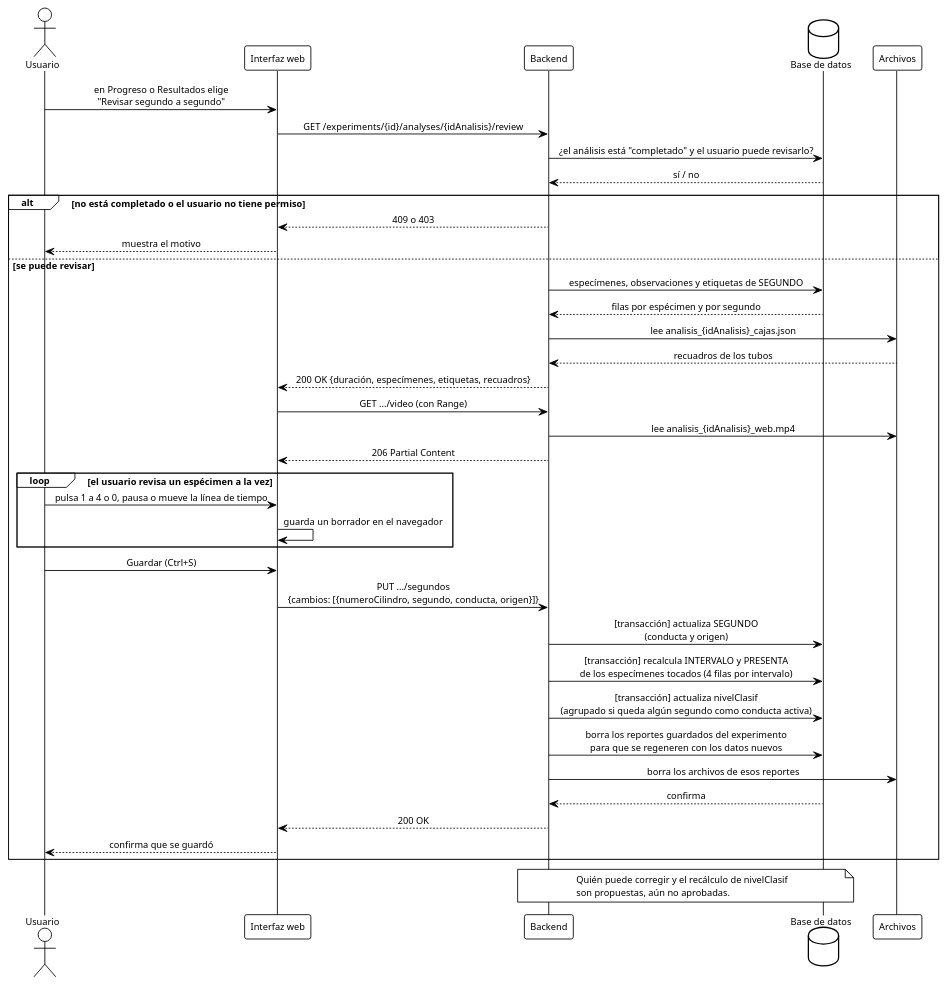
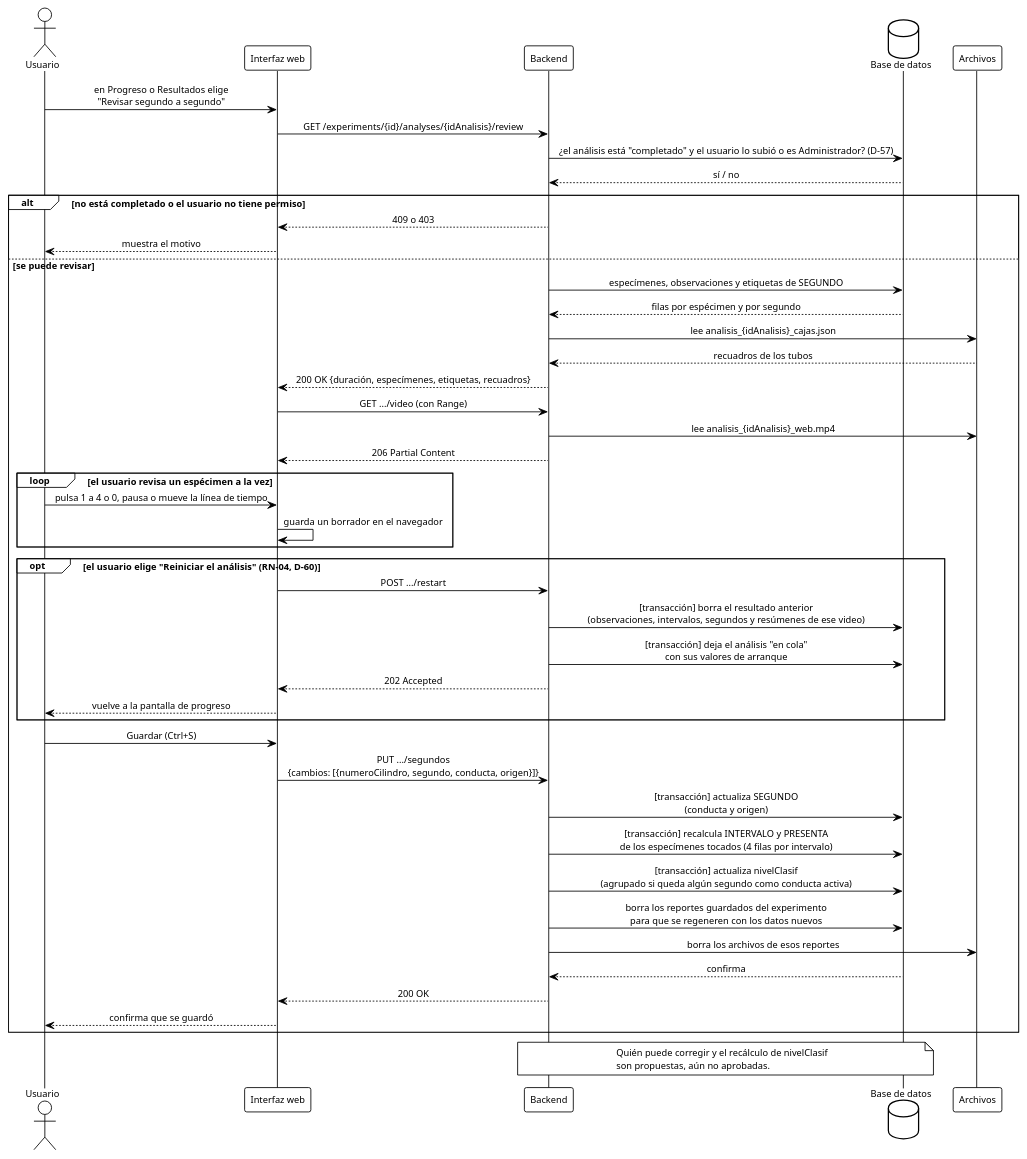
Before and after one commit to ErickJester/fst-ai-system-latex: diagram 34 of 38 in INSTRUCCIONES-WEB.md, drawn with PlantUML. The commit also changed other lines of this file and 30 other files, not shown here.

````diff
--- a/INSTRUCCIONES-WEB.md
+++ b/INSTRUCCIONES-WEB.md
@@ -2290,51 +2373,58 @@
 ```plantuml
 @startuml seq_revision_segundos
 !theme plain
 skinparam defaultFontName Arial
 skinparam defaultFontSize 11
 skinparam shadowing false
 skinparam sequenceMessageAlign center
 skinparam BoxPadding 10
 actor Usuario as u
 participant "Interfaz web" as ui
 participant Backend as api
 database "Base de datos" as db
 participant "Archivos" as fs
 
 u -> ui: en Progreso o Resultados elige\n"Revisar segundo a segundo"
 ui -> api: GET /experiments/{id}/analyses/{idAnalisis}/review
-api -> db: ¿el análisis está "completado" y el usuario puede revisarlo?
+api -> db: ¿el análisis está "completado" y el usuario lo subió o es Administrador? (D-57)
 db --> api: sí / no
 alt no está completado o el usuario no tiene permiso
   api --> ui: 409 o 403
   ui --> u: muestra el motivo
 else se puede revisar
   api -> db: especímenes, observaciones y etiquetas de SEGUNDO
   db --> api: filas por espécimen y por segundo
   api -> fs: lee analisis_{idAnalisis}_cajas.json
   fs --> api: recuadros de los tubos
   api --> ui: 200 OK {duración, especímenes, etiquetas, recuadros}
   ui -> api: GET .../video (con Range)
   api -> fs: lee analisis_{idAnalisis}_web.mp4
   api --> ui: 206 Partial Content
   loop el usuario revisa un espécimen a la vez
     u -> ui: pulsa 1 a 4 o 0, pausa o mueve la línea de tiempo
     ui -> ui: guarda un borrador en el navegador
+  end
+  opt el usuario elige "Reiniciar el análisis" (RN-04, D-60)
+    ui -> api: POST .../restart
+    api -> db: [transacción] borra el resultado anterior\n(observaciones, intervalos, segundos y resúmenes de ese video)
+    api -> db: [transacción] deja el análisis "en cola"\ncon sus valores de arranque
+    api --> ui: 202 Accepted
+    ui --> u: vuelve a la pantalla de progreso
   end
   u -> ui: Guardar (Ctrl+S)
   ui -> api: PUT .../segundos\n{cambios: [{numeroCilindro, segundo, conducta, origen}]}
   api -> db: [transacción] actualiza SEGUNDO\n(conducta y origen)
   api -> db: [transacción] recalcula INTERVALO y PRESENTA\nde los especímenes tocados (4 filas por intervalo)
   api -> db: [transacción] actualiza nivelClasif\n(agrupado si queda algún segundo como conducta activa)
   api -> db: borra los reportes guardados del experimento\npara que se regeneren con los datos nuevos
   api -> fs: borra los archivos de esos reportes
   db --> api: confirma
   api --> ui: 200 OK
   ui --> u: confirma que se guardó
 end
 note over api, db
   Quién puede corregir y el recálculo de nivelClasif
   son propuestas, aún no aprobadas.
 end note
 @enduml
 ```
````
